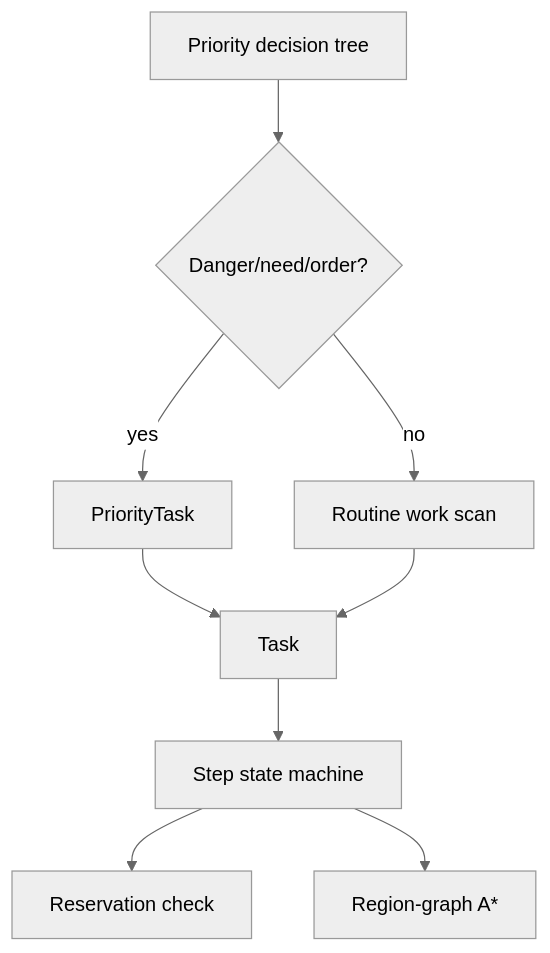
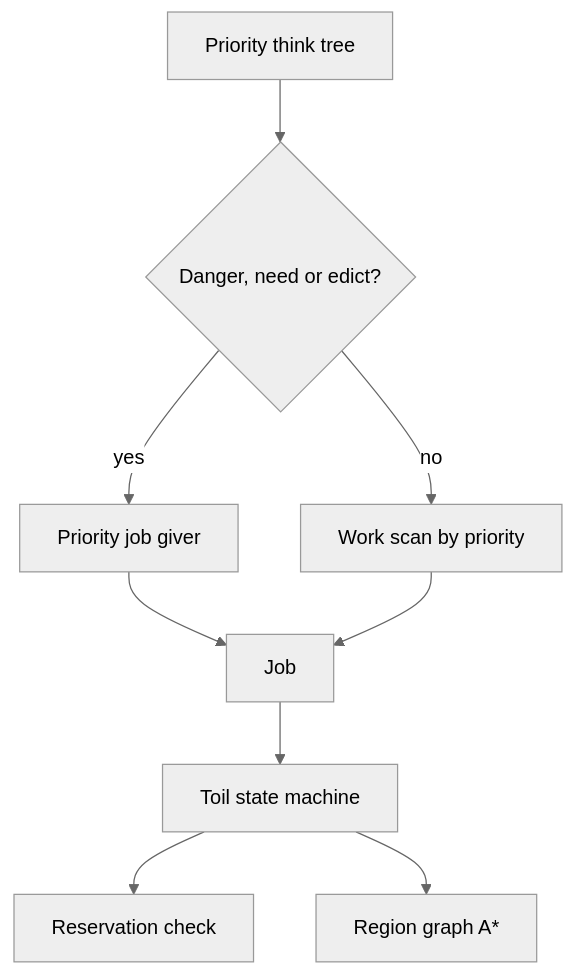
One commit to m2windham/simWorld changed the fifth of 8 diagrams in docs/spec/simworld-spec.md. Above: the diagram before and after it, drawn with Mermaid (neutral theme). The commit also changed other lines of this file and 2 other files, not shown here.

````diff
--- a/docs/spec/simworld-spec.md
+++ b/docs/spec/simworld-spec.md
@@ -181,11 +230,11 @@
 ```mermaid
 flowchart TD
-  DecisionTree[Priority decision tree] --> Override{Danger/need/order?}
-  Override -->|yes| PriorityTask
-  Override -->|no| RoutineTask[Routine work scan]
-  PriorityTask --> Task
-  RoutineTask --> Task
-  Task --> StepMachine[Step state machine]
-  StepMachine --> Reservation[Reservation check]
-  StepMachine --> Pathing[Region-graph A*]
+  Tree[Priority think tree] --> Override{Danger, need or edict?}
+  Override -->|yes| Priority[Priority job giver]
+  Override -->|no| Work[Work scan by priority]
+  Priority --> Job
+  Work --> Job
+  Job --> Toils[Toil state machine]
+  Toils --> Reserve[Reservation check]
+  Toils --> Path[Region graph A*]
 ```
````
